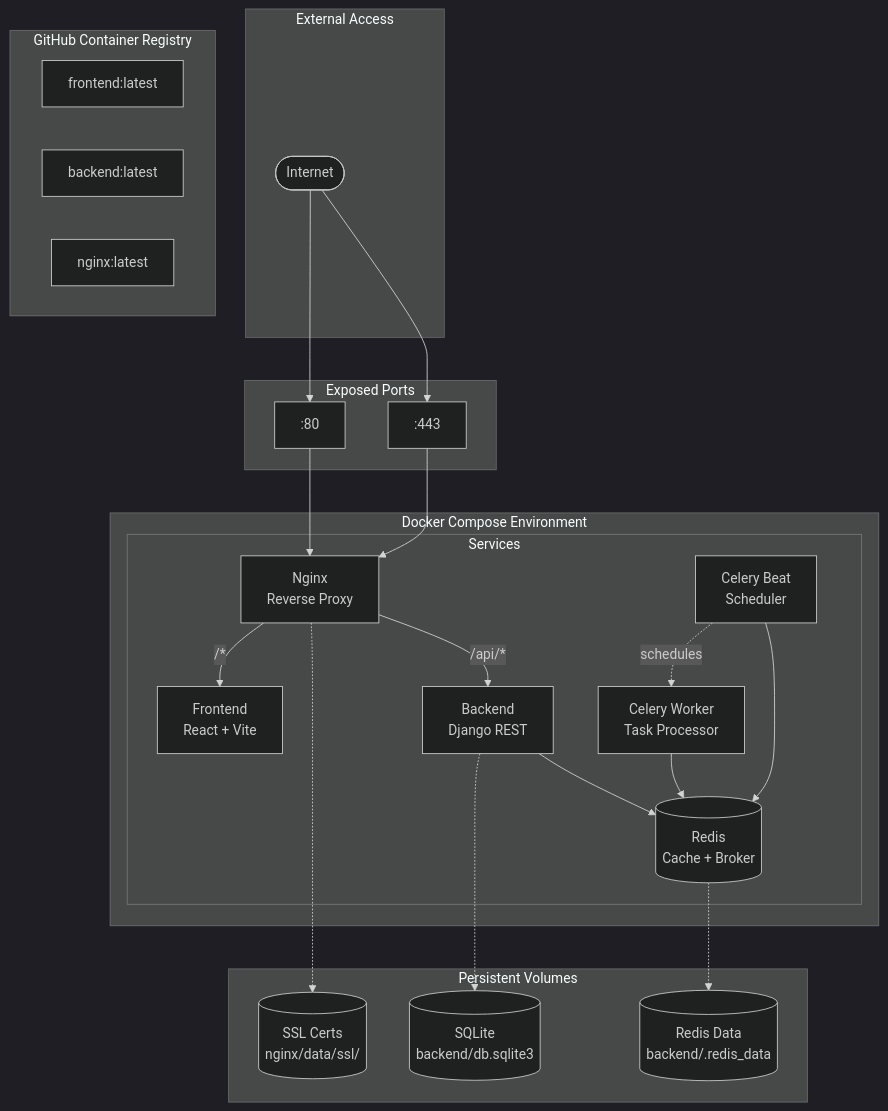
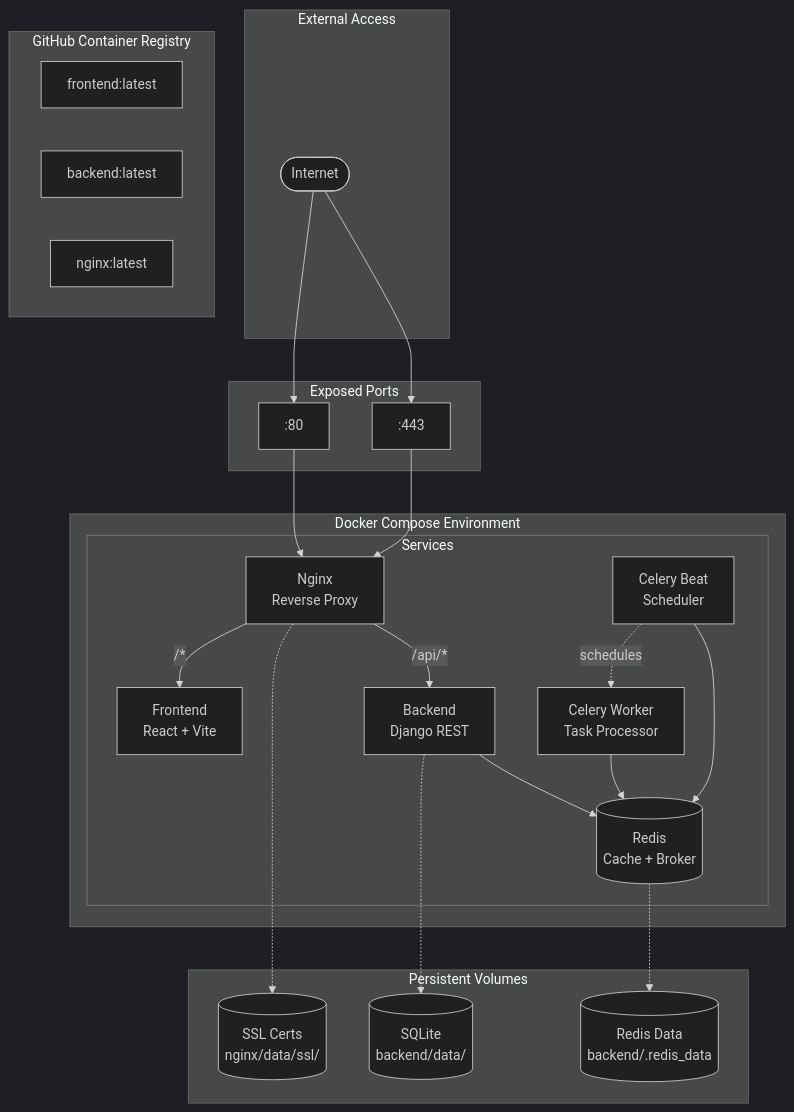
The first of 2 diagrams in docs/architecture/docker.md (kettleofketchup/DraftForge), drawn with Mermaid (dark theme) before and after one commit. The commit also changed other lines of this file and 14 other files, not shown here.

````diff
--- a/docs/architecture/docker.md
+++ b/docs/architecture/docker.md
@@ -5,48 +5,48 @@
 ```mermaid
 flowchart TB
     subgraph External["External Access"]
         Internet([Internet])
     end
 
     subgraph Ports["Exposed Ports"]
         P80[":80"]
         P443[":443"]
     end
 
     Internet --> P80 & P443
 
     subgraph Docker["Docker Compose Environment"]
         subgraph Services["Services"]
             Nginx[Nginx<br/>Reverse Proxy]
             Frontend[Frontend<br/>React + Vite]
             Backend[Backend<br/>Django REST]
             Redis[(Redis<br/>Cache + Broker)]
             CeleryWorker[Celery Worker<br/>Task Processor]
             CeleryBeat[Celery Beat<br/>Scheduler]
         end
 
         P80 & P443 --> Nginx
         Nginx -->|"/*"| Frontend
         Nginx -->|"/api/*"| Backend
         Backend --> Redis
         CeleryWorker --> Redis
         CeleryBeat --> Redis
         CeleryBeat -.->|schedules| CeleryWorker
     end
 
     subgraph Volumes["Persistent Volumes"]
         SSL[("SSL Certs<br/>nginx/data/ssl/")]
-        DB[("SQLite<br/>backend/db.sqlite3")]
+        DB[("SQLite<br/>backend/data/")]
         RedisData[("Redis Data<br/>backend/.redis_data")]
     end
 
     Nginx -.-> SSL
     Backend -.-> DB
     Redis -.-> RedisData
 
     subgraph Registry["GitHub Container Registry"]
         FImg["frontend:latest"]
         BImg["backend:latest"]
         NImg["nginx:latest"]
     end
 ```
````
